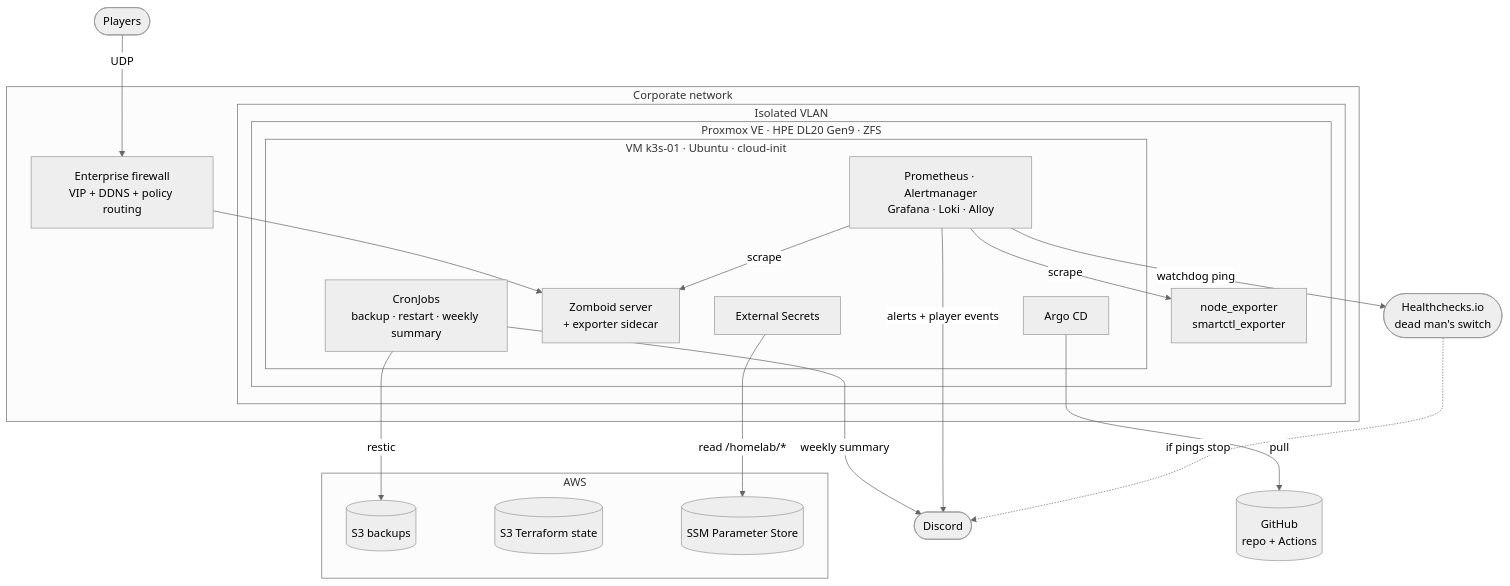
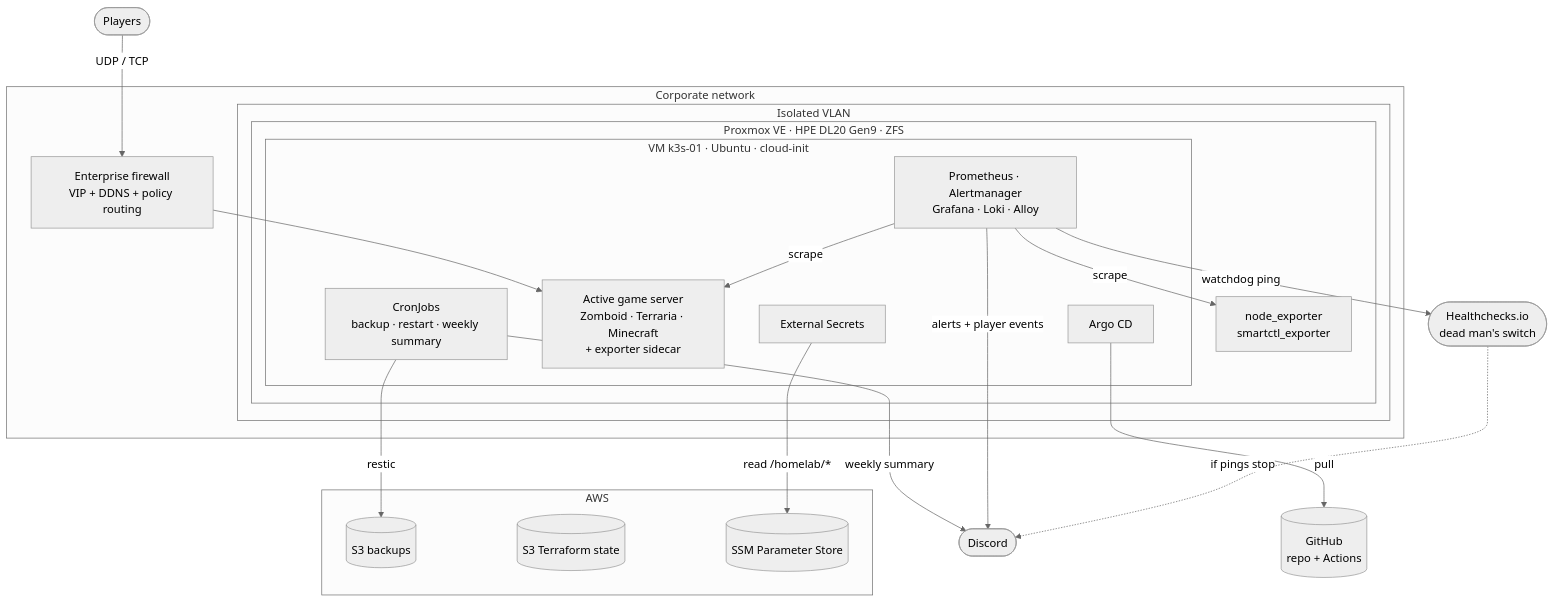
One commit to iagorp6/proxmox-k3s-platform changed the diagram in README.md. Above: the diagram before and after it, drawn with Mermaid (neutral theme). The commit also changed other lines of this file, not shown here.

````diff
--- a/README.md
+++ b/README.md
@@ -31,40 +32,40 @@
 ```mermaid
 flowchart TB
     players(["Players"])
     discord(["Discord"])
     hc(["Healthchecks.io<br/>dead man's switch"])
     github[("GitHub<br/>repo + Actions")]
 
     subgraph corp["Corporate network"]
         fw["Enterprise firewall<br/>VIP + DDNS + policy routing"]
         subgraph vlan["Isolated VLAN"]
             subgraph pve["Proxmox VE · HPE DL20 Gen9 · ZFS"]
                 hostexp["node_exporter<br/>smartctl_exporter"]
                 subgraph vm["VM k3s-01 · Ubuntu · cloud-init"]
                     argo["Argo CD"]
-                    game["Zomboid server<br/>+ exporter sidecar"]
+                    game["Active game server<br/>Zomboid · Terraria · Minecraft<br/>+ exporter sidecar"]
                     jobs["CronJobs<br/>backup · restart · weekly summary"]
                     eso["External Secrets"]
                     mon["Prometheus · Alertmanager<br/>Grafana · Loki · Alloy"]
                 end
             end
         end
     end
 
     subgraph aws["AWS"]
         s3b[("S3 backups")]
         s3s[("S3 Terraform state")]
         ssm[("SSM Parameter Store")]
     end
 
-    players -->|"UDP"| fw --> game
+    players -->|"UDP / TCP"| fw --> game
     argo -->|"pull"| github
     eso -->|"read /homelab/*"| ssm
     jobs -->|"restic"| s3b
     jobs -->|"weekly summary"| discord
     mon -->|"scrape"| game
     mon -->|"scrape"| hostexp
     mon -->|"alerts + player events"| discord
     mon -->|"watchdog ping"| hc
     hc -.->|"if pings stop"| discord
 ```
````
